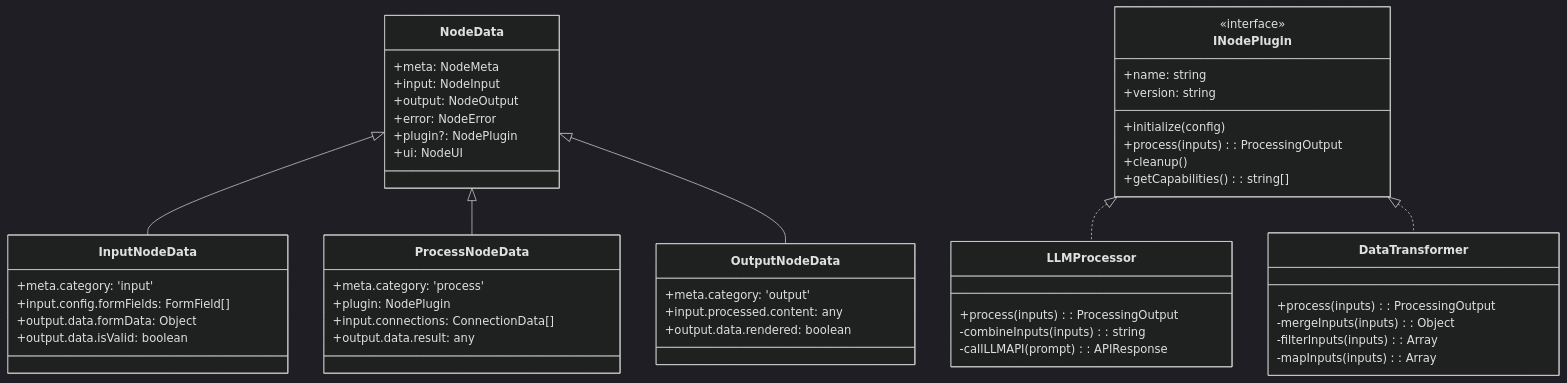
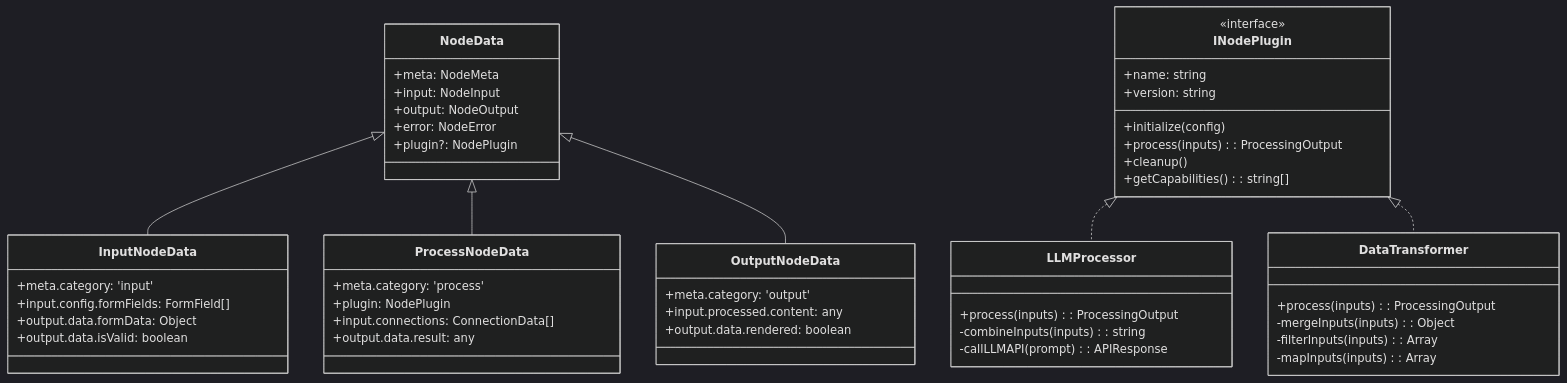
The second of 7 diagrams in schema-architecture-diagram.md (ugmurthy/flow), drawn with Mermaid (dark theme) before and after one commit. The commit also changed other lines of this file and 38 other files, not shown here.

````diff
--- a/schema-architecture-diagram.md
+++ b/schema-architecture-diagram.md
@@ -72,61 +79,60 @@
 ```mermaid
 classDiagram
     class NodeData {
         +meta: NodeMeta
         +input: NodeInput
         +output: NodeOutput
         +error: NodeError
         +plugin?: NodePlugin
-        +ui: NodeUI
     }
 
     class InputNodeData {
         +meta.category: 'input'
         +input.config.formFields: FormField[]
         +output.data.formData: Object
         +output.data.isValid: boolean
     }
 
     class ProcessNodeData {
         +meta.category: 'process'
         +plugin: NodePlugin
         +input.connections: ConnectionData[]
         +output.data.result: any
     }
 
     class OutputNodeData {
         +meta.category: 'output'
         +input.processed.content: any
         +output.data.rendered: boolean
     }
 
     NodeData <|-- InputNodeData
     NodeData <|-- ProcessNodeData
     NodeData <|-- OutputNodeData
 
     class INodePlugin {
         <<interface>>
         +name: string
         +version: string
         +initialize(config)
         +process(inputs): ProcessingOutput
         +cleanup()
         +getCapabilities(): string[]
     }
 
     class LLMProcessor {
         +process(inputs): ProcessingOutput
         -combineInputs(inputs): string
         -callLLMAPI(prompt): APIResponse
     }
 
     class DataTransformer {
         +process(inputs): ProcessingOutput
         -mergeInputs(inputs): Object
         -filterInputs(inputs): Array
         -mapInputs(inputs): Array
     }
 
     INodePlugin <|.. LLMProcessor
     INodePlugin <|.. DataTransformer
 ```
````
